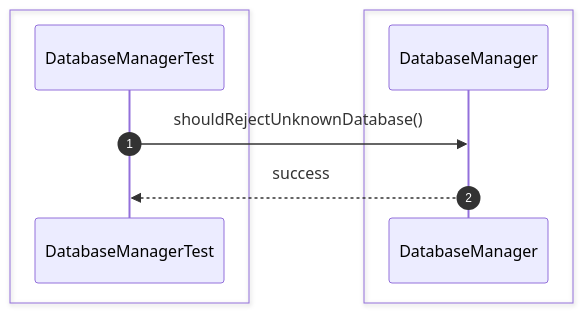
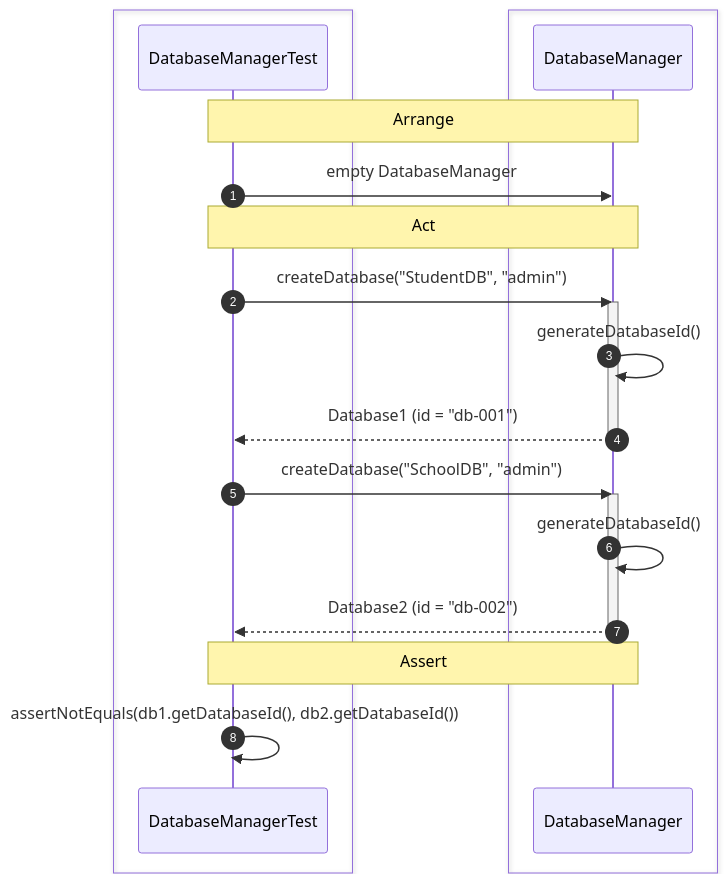
Before and after one commit to Huy1801214/dbms-architecture: diagram 18 of 46 in docs/sequence/db-server.md, drawn with Mermaid. The commit also changed other lines of this file and 7 other files, not shown here.

Commit message:
Done Unit test for database manager

````diff
--- a/docs/sequence/db-server.md
+++ b/docs/sequence/db-server.md
@@ -218,13 +470,31 @@
 ```mermaid
 sequenceDiagram
     autonumber
+
     box #e1f5fe Test Suite
     participant Test as DatabaseManagerTest
     end
+
     box #e3f2fd DatabaseManager Component
     participant DM as DatabaseManager
     end
 
-    Test->>DM: shouldRejectUnknownDatabase()
-    DM-->>Test: success
+    Note over Test,DM: Arrange
+    Test->>DM: empty DatabaseManager
+
+    Note over Test,DM: Act
+    Test->>DM: createDatabase("StudentDB", "admin")
+    activate DM
+    DM->>DM: generateDatabaseId()
+    DM-->>Test: Database1 (id = "db-001")
+    deactivate DM
+
+    Test->>DM: createDatabase("SchoolDB", "admin")
+    activate DM
+    DM->>DM: generateDatabaseId()
+    DM-->>Test: Database2 (id = "db-002")
+    deactivate DM
+
+    Note over Test,DM: Assert
+    Test->>Test: assertNotEquals(db1.getDatabaseId(), db2.getDatabaseId())
 ```
````
